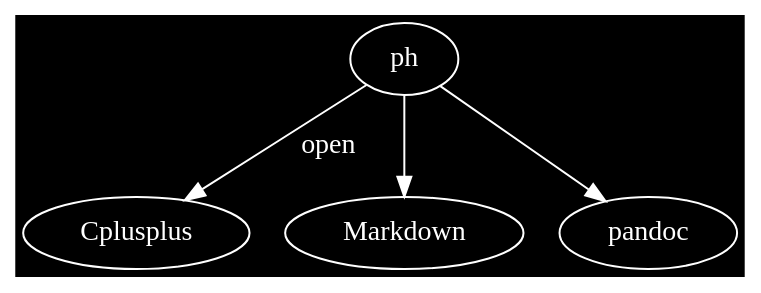
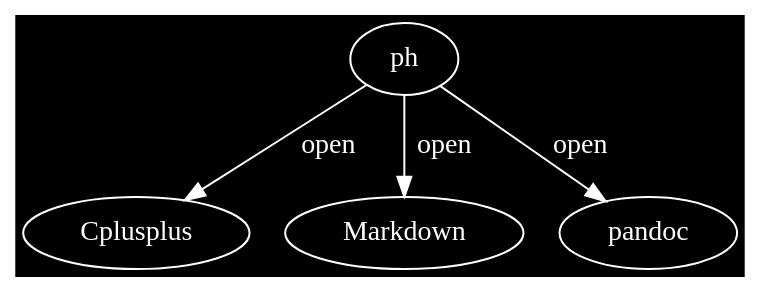
The fifth of 5 diagrams in README.md (phiwen96/ph), drawn with Graphviz before and after one commit. The commit also changed other lines of this file and 4 other files, not shown here.

````diff
--- a/README.md
+++ b/README.md
@@ -122,10 +135,10 @@
 ```graphviz
 digraph finite_state_machine {
 	graph [bgcolor=black]
 	node [fillcolor=black style=filled color=white fontcolor=white]
-	edge [color=white]
-	ph -> Cplusplus [ label = " open" fontcolor=white]
+	edge [color=white fontcolor=white]
+	ph -> Cplusplus [ label = " open"]
 	ph -> Markdown [ label = " open"]
 	ph -> pandoc [ label = " open"]
 }
 ```
````
